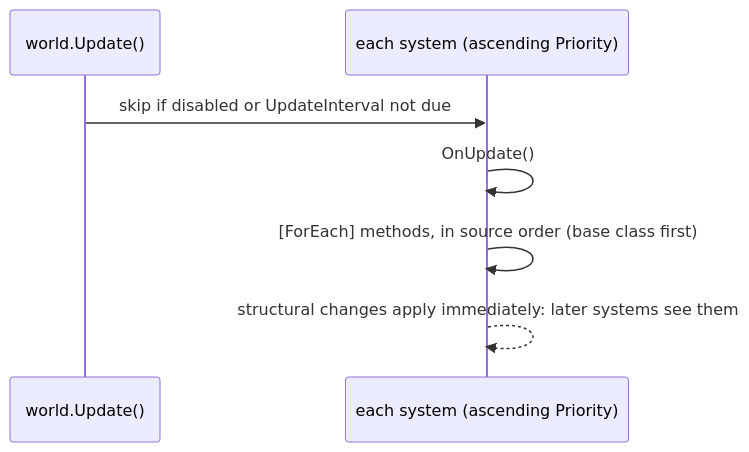
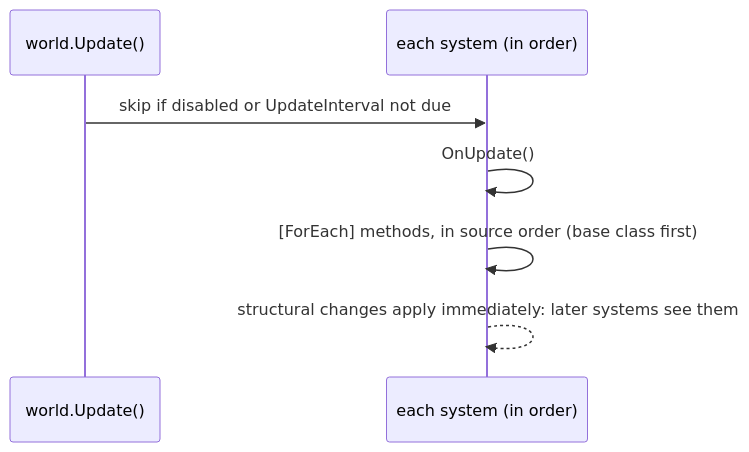
Before and after one commit to JasonXuDeveloper/EasyEcs: the diagram in doc/guide/systems.md, drawn with Mermaid. The commit also changed other lines of this file and 17 other files, not shown here.

````diff
--- a/doc/guide/systems.md
+++ b/doc/guide/systems.md
@@ -44,9 +45,9 @@
 ```mermaid
 sequenceDiagram
     participant U as world.Update()
-    participant S as each system (ascending Priority)
+    participant S as each system (in order)
     U->>S: skip if disabled or UpdateInterval not due
     S->>S: OnUpdate()
     S->>S: [ForEach] methods, in source order (base class first)
     S-->>S: structural changes apply immediately: later systems see them
 ```
````
